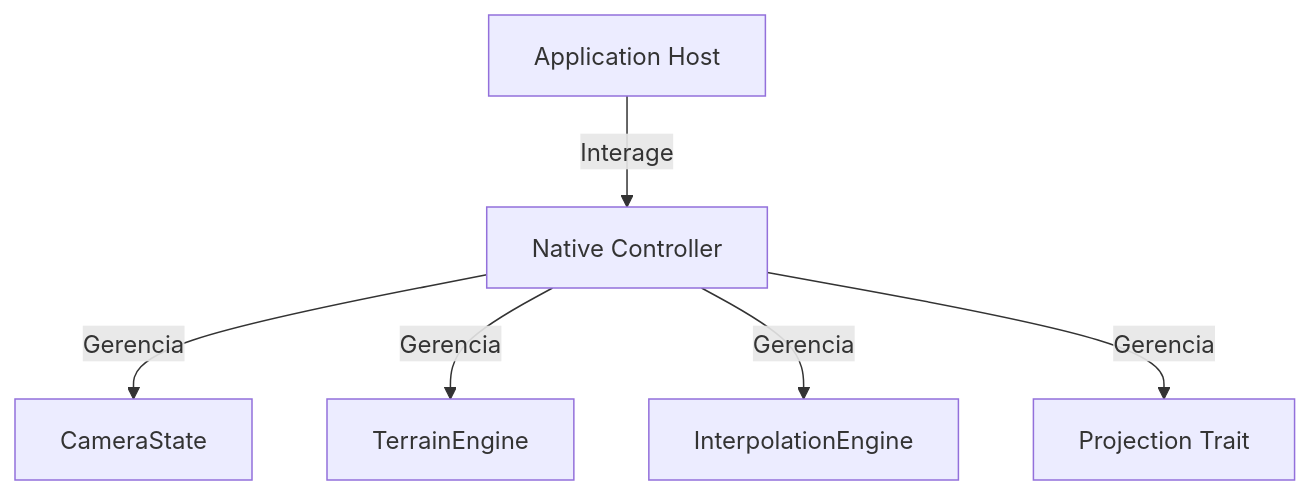
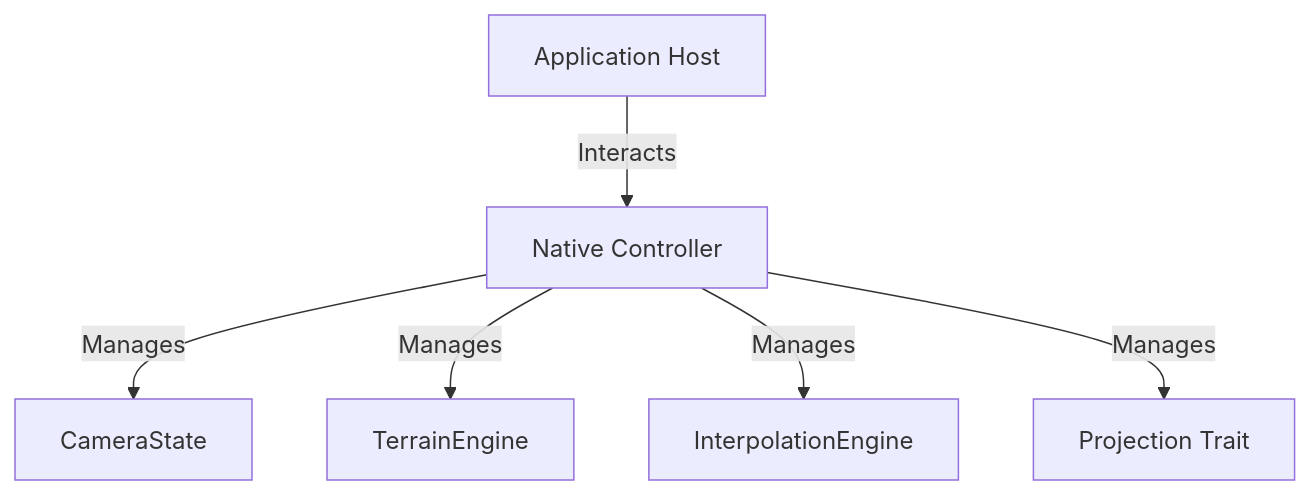
Before and after one commit to rodoni/olayer: the first of 2 diagrams in docs/sdk/native/native_controller/arch.md, drawn with Mermaid. The commit also changed other lines of this file and 29 other files, not shown here.

````diff
--- a/docs/sdk/native/native_controller/arch.md
+++ b/docs/sdk/native/native_controller/arch.md
@@ -11,8 +11,8 @@
 ```mermaid
 graph TD
-    Host[Application Host] -->|Interage| NC[Native Controller]
-    NC -->|Gerencia| Camera[CameraState]
-    NC -->|Gerencia| Terrain[TerrainEngine]
-    NC -->|Gerencia| Interpolator[InterpolationEngine]
-    NC -->|Gerencia| Projection[Projection Trait]
+    Host[Application Host] -->|Interacts| NC[Native Controller]
+    NC -->|Manages| Camera[CameraState]
+    NC -->|Manages| Terrain[TerrainEngine]
+    NC -->|Manages| Interpolator[InterpolationEngine]
+    NC -->|Manages| Projection[Projection Trait]
 ```
````
